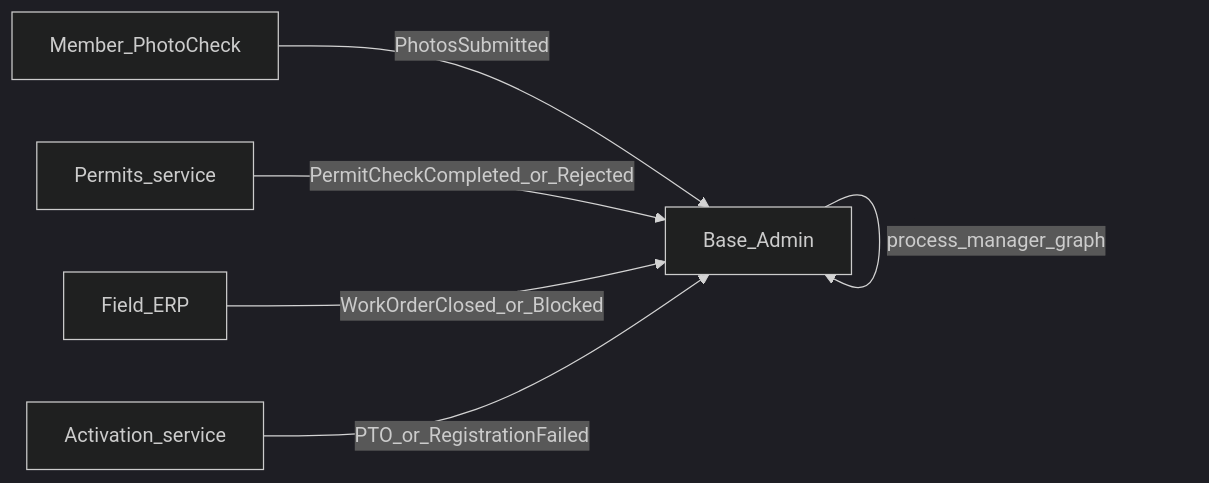
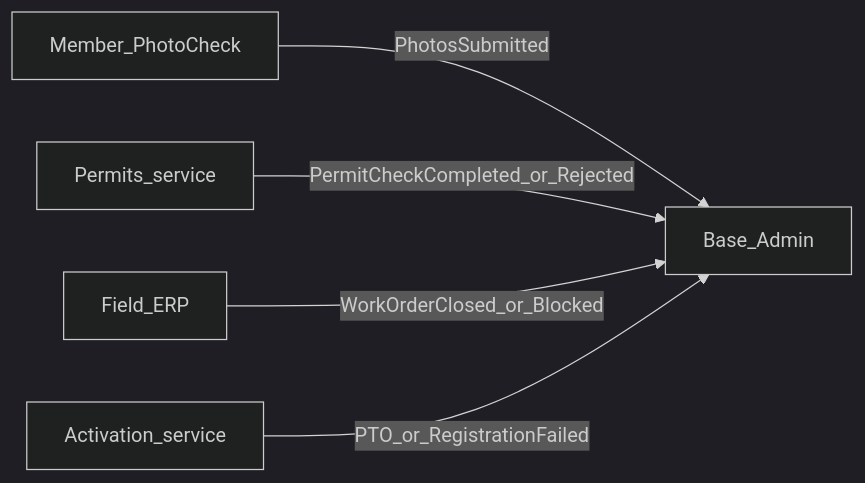
The diagram in README.md (michaelrooney-star/base-home-photo-check), drawn with Mermaid (dark theme) before and after one commit. The commit also changed other lines of this file, not shown here.

````diff
--- a/README.md
+++ b/README.md
@@ -304,13 +356,12 @@
 ```mermaid
 flowchart LR
   member[Member_PhotoCheck]
   permits[Permits_service]
   field[Field_ERP]
   activation[Activation_service]
   admin[Base_Admin]
   member -->|"PhotosSubmitted"| admin
   permits -->|"PermitCheckCompleted_or_Rejected"| admin
   field -->|"WorkOrderClosed_or_Blocked"| admin
   activation -->|"PTO_or_RegistrationFailed"| admin
-  admin -->|"process_manager_graph"| admin
 ```
````
